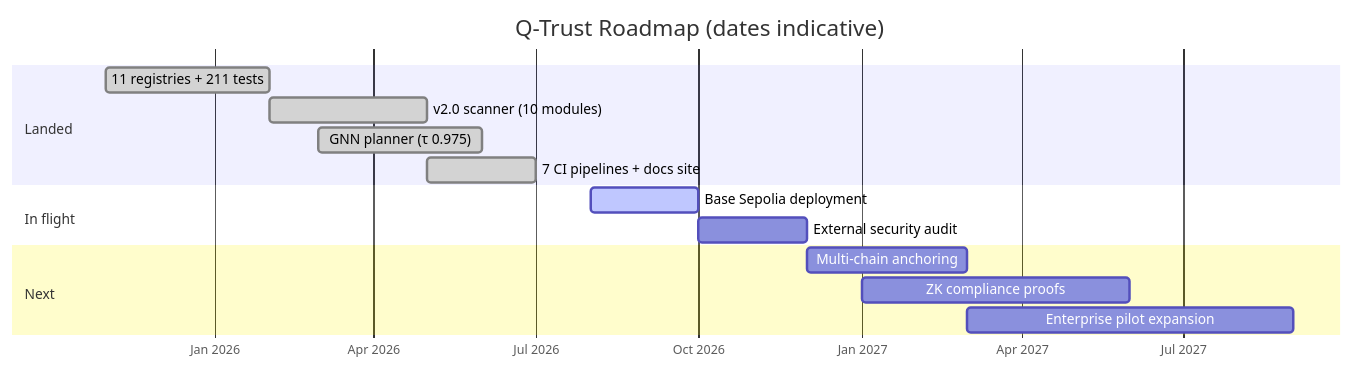
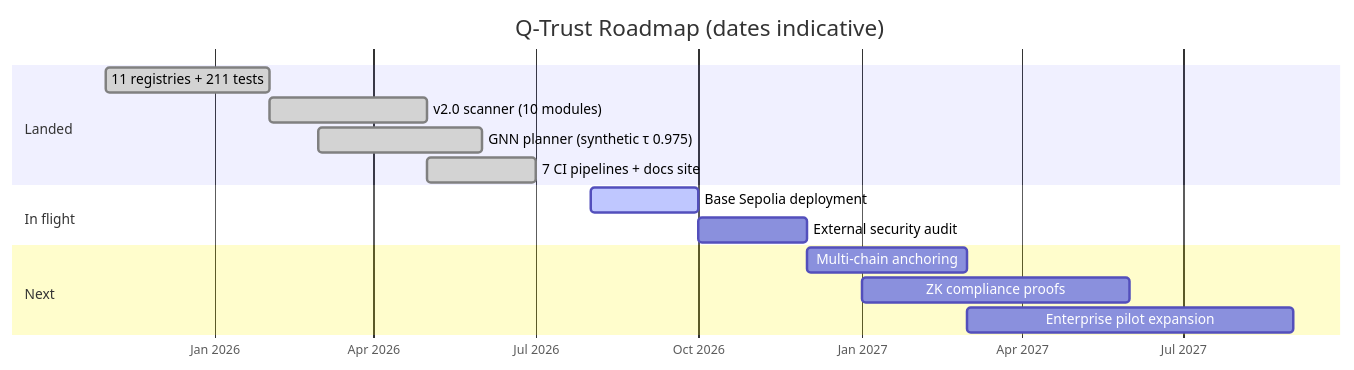
Before and after one commit to humoge7502/q-trust: the fourth of 4 diagrams in README.md, drawn with Mermaid. The commit also changed other lines of this file and 310 other files, not shown here.

````diff
--- a/README.md
+++ b/README.md
@@ -612,21 +697,21 @@
 ```mermaid
 gantt
     title Q-Trust Roadmap (dates indicative)
     dateFormat YYYY-MM
     axisFormat %b %Y
 
     section Landed
     11 registries + 211 tests        :done, 2025-11, 2026-02
     v2.0 scanner (10 modules)        :done, 2026-02, 2026-05
-    GNN planner (τ 0.975)            :done, 2026-03, 2026-06
+    GNN planner (synthetic τ 0.975)    :done, 2026-03, 2026-06
     7 CI pipelines + docs site       :done, 2026-05, 2026-07
 
     section In flight
     Base Sepolia deployment          :active, 2026-08, 2026-10
     External security audit          :2026-10, 2026-12
 
     section Next
     Multi-chain anchoring            :2026-12, 2027-03
     ZK compliance proofs             :2027-01, 2027-06
     Enterprise pilot expansion       :2027-03, 2027-09
 ```
````
